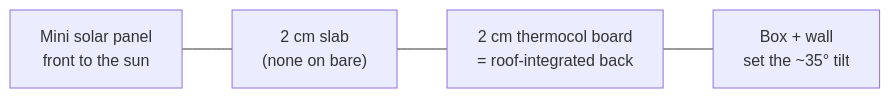
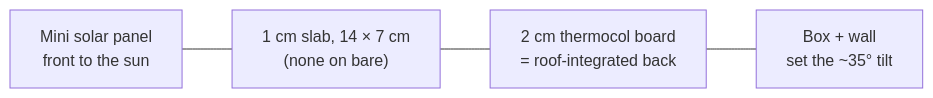
One commit to razagoat12/Field-Test changed the diagram in README.md. Above: the diagram before and after it, drawn with Mermaid. The commit also changed other lines of this file and 13 other files, not shown here.

````diff
--- a/README.md
+++ b/README.md
@@ -68,4 +67,4 @@
 ```mermaid
 flowchart LR
-    P["Mini solar panel<br/>front to the sun"] --- S["2 cm slab<br/>(none on bare)"] --- B["2 cm thermocol board<br/>= roof-integrated back"] --- W["Box + wall<br/>set the ~35° tilt"]
+    P["Mini solar panel<br/>front to the sun"] --- S["1 cm slab, 14 × 7 cm<br/>(none on bare)"] --- B["2 cm thermocol board<br/>= roof-integrated back"] --- W["Box + wall<br/>set the ~35° tilt"]
 ```
````
